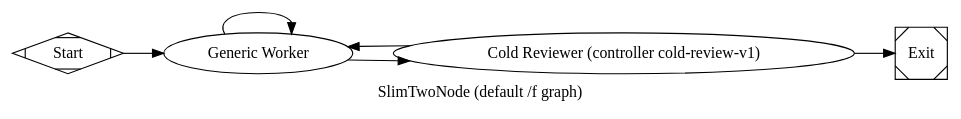
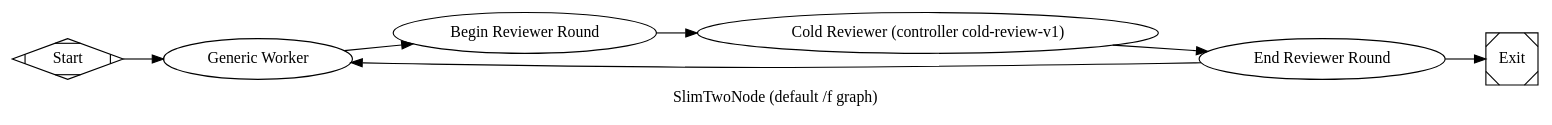
One commit to jleechanorg/dark-factory changed the diagram in pipelines/slim/two_node.dot. Above: the diagram before and after it, drawn with Graphviz. The commit also changed 11 other files, not shown here.

Commit message:
feat(runner): implement sequential validation rounds and max-rounds CLI [agy][gemini-3.6-flash-high]

```diff
--- a/pipelines/slim/two_node.dot
+++ b/pipelines/slim/two_node.dot
@@ -1,62 +1,77 @@
 // pipelines/slim/two_node.dot
 //
 // Default graph for `/f` (and `/factory`). Exactly two productive nodes:
 //   worker         — generic codergen; light prompt; does whatever the user asked.
 //   cold_reviewer  — controller-owned cold reviewer using the SHA-pinned
 //                    cold-review-v1 execution path (prompts/catalog/controller_cold_review_v1.md).
 //
 // Wiring:
-//   start -> worker -> cold_reviewer -> exit                (on success)
-//                          \-> worker                        (on failure, bounded max_visits=3)
+//   start -> worker -> round_begin -> cold_reviewer -> round_end
+//   round_end -> exit   [condition="outcome=success"]
+//   round_end -> worker [condition="outcome!=success"]
 //
 // Backend routing:
 //   - worker          honors the run-level --backend (the coder tier the user
 //                     chose; default = whatever /f's Step 0.5 detector picks).
 //   - cold_reviewer   uses review_contract="cold-review-v1" and
 //                     backend_priority="codex" because the controller has
 //                     a receipt-capable transport only for Codex.
 //
 // Failure semantics:
-//   - cold_reviewer is goal_gate=true. On success the run exits.
-//   - On a real fail/partial verdict the runner routes back to worker directly.
-//     Worker handles iteration (max_visits=3). No separate fix node in this graph.
+//   - Initial worker attempt runs once before reviewer rounds.
+//   - Reviewer round validates the worker output.
+//   - On reviewer failure below max_rounds, worker is invoked as the one fix between rounds.
+//   - Reaching max_rounds (default 3) terminates exhausted without extra worker invocation.
 
 digraph SlimTwoNode {
     graph [
         goal="Generic worker does the user's task; controller-owned cold-review-v1 reviewer gates it. Slim default for /f."
         rankdir=LR
         label="SlimTwoNode (default /f graph)"
+        validation_rounds="true"
     ]
 
     start  [shape=Mdiamond, label="Start"]
     exit   [shape=Msquare,  label="Exit"]
 
     worker [
         type="codergen",
         label="Generic Worker",
         class="worker",
         prompt="@prompts/slim/worker.md",
         max_retries=2,
-        max_visits="3",
         timeout=600
+    ]
+
+    round_begin [
+        type="round_begin",
+        label="Begin Reviewer Round",
+        members="cold_reviewer"
     ]
 
     cold_reviewer [
         type="parallel_reviewer",
         label="Cold Reviewer (controller cold-review-v1)",
         class="review",
         review_contract="cold-review-v1",
         backend_priority="codex",
         evidence_paths="evidence/worker-verification.json",
         receipt_required="true",
         goal_gate=true,
         timeout=600
     ]
 
+    round_end [
+        type="round_end",
+        label="End Reviewer Round",
+        members="cold_reviewer"
+    ]
+
     start -> worker
-    worker -> cold_reviewer [condition="outcome=success"]
-    worker -> worker        [condition="outcome!=success"]
+    worker -> round_begin
+    round_begin -> cold_reviewer
+    cold_reviewer -> round_end
 
-    cold_reviewer -> exit   [condition="outcome=success"]
-    cold_reviewer -> worker [condition="outcome!=success"]
+    round_end -> exit   [condition="outcome=success"]
+    round_end -> worker [condition="outcome!=success"]
 }
```
